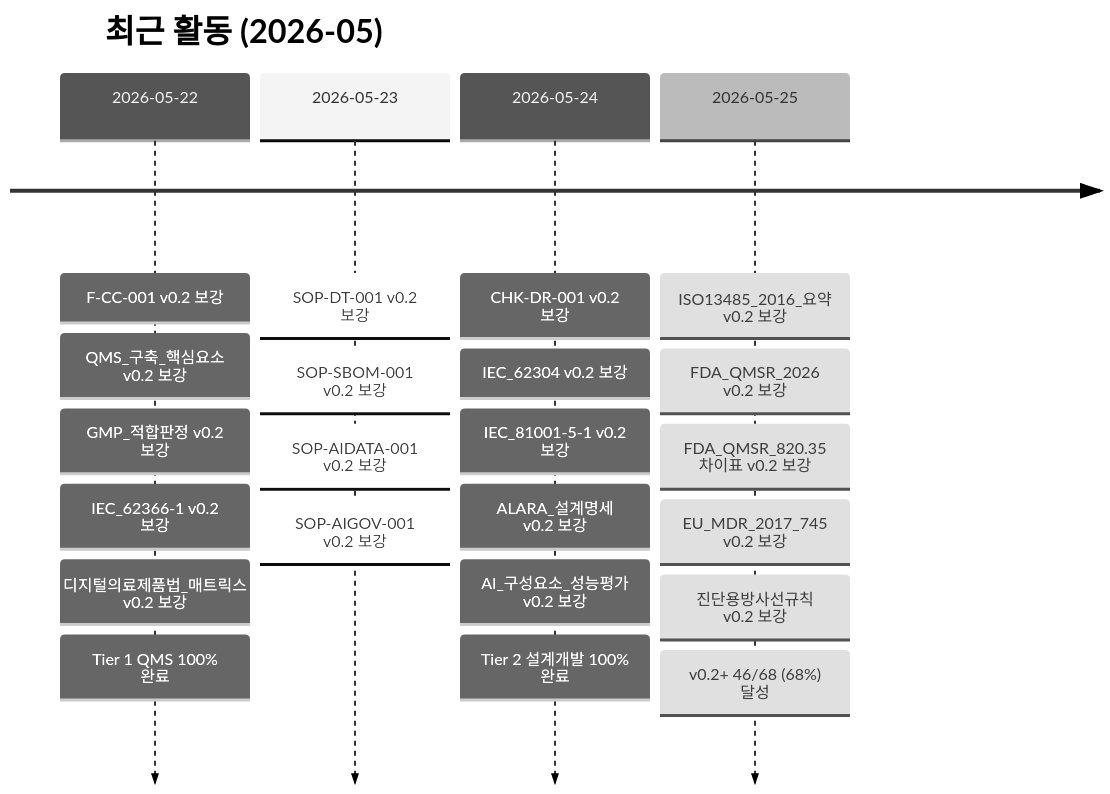
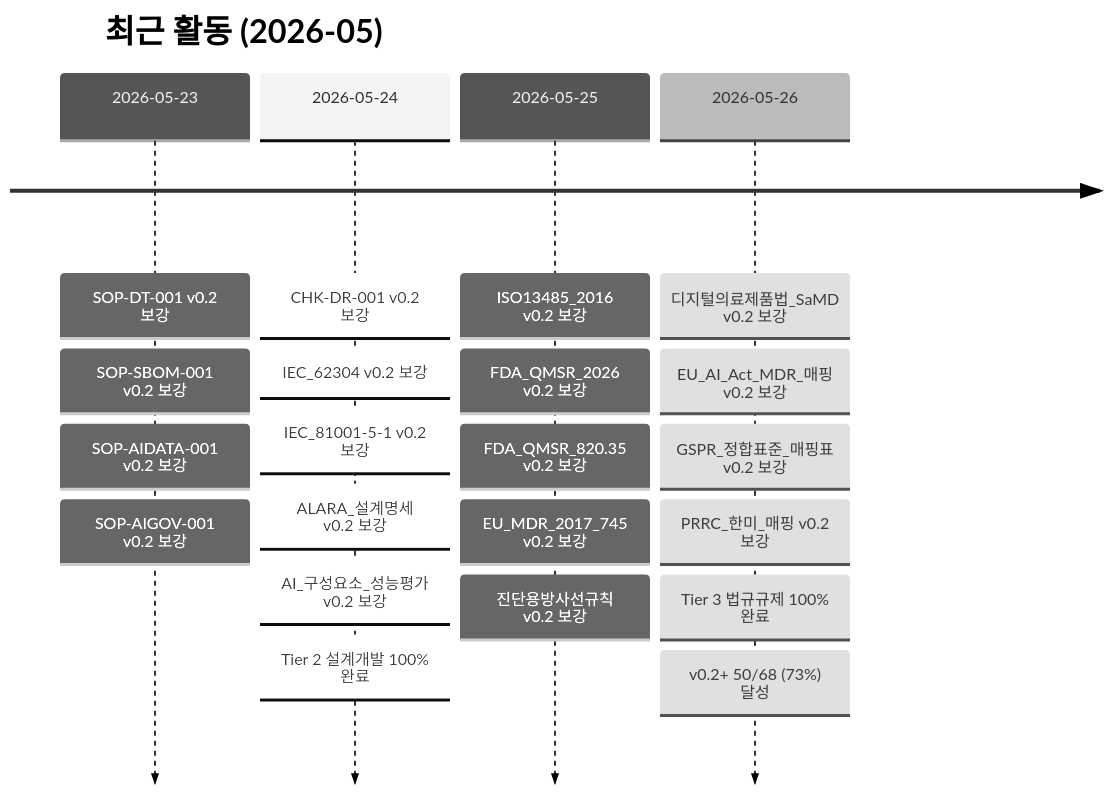
The third of 4 diagrams in README.md (holee9/MD-process), drawn with Mermaid (neutral theme) before and after one commit. The commit also changed other lines of this file, not shown here.

Commit message:
docs(readme): 진행현황 2026-05-26 — v0.2+ 50/68 (73%), Tier 3 완료

````diff
--- a/README.md
+++ b/README.md
@@ -138,26 +138,25 @@
 ```mermaid
 timeline
     title 최근 활동 (2026-05)
-    2026-05-22 : F-CC-001 v0.2 보강
-               : QMS_구축_핵심요소 v0.2 보강
-               : GMP_적합판정 v0.2 보강
-               : IEC_62366-1 v0.2 보강
-               : 디지털의료제품법_매트릭스 v0.2 보강
-               : Tier 1 QMS 100% 완료
     2026-05-23 : SOP-DT-001 v0.2 보강
                : SOP-SBOM-001 v0.2 보강
                : SOP-AIDATA-001 v0.2 보강
                : SOP-AIGOV-001 v0.2 보강
     2026-05-24 : CHK-DR-001 v0.2 보강
                : IEC_62304 v0.2 보강
                : IEC_81001-5-1 v0.2 보강
                : ALARA_설계명세 v0.2 보강
                : AI_구성요소_성능평가 v0.2 보강
                : Tier 2 설계개발 100% 완료
-    2026-05-25 : ISO13485_2016_요약 v0.2 보강
+    2026-05-25 : ISO13485_2016 v0.2 보강
                : FDA_QMSR_2026 v0.2 보강
-               : FDA_QMSR_820.35 차이표 v0.2 보강
+               : FDA_QMSR_820.35 v0.2 보강
                : EU_MDR_2017_745 v0.2 보강
                : 진단용방사선규칙 v0.2 보강
-               : v0.2+ 46/68 (68%) 달성
+    2026-05-26 : 디지털의료제품법_SaMD v0.2 보강
+               : EU_AI_Act_MDR_매핑 v0.2 보강
+               : GSPR_정합표준_매핑표 v0.2 보강
+               : PRRC_한미_매핑 v0.2 보강
+               : Tier 3 법규규제 100% 완료
+               : v0.2+ 50/68 (73%) 달성
 ```
````
